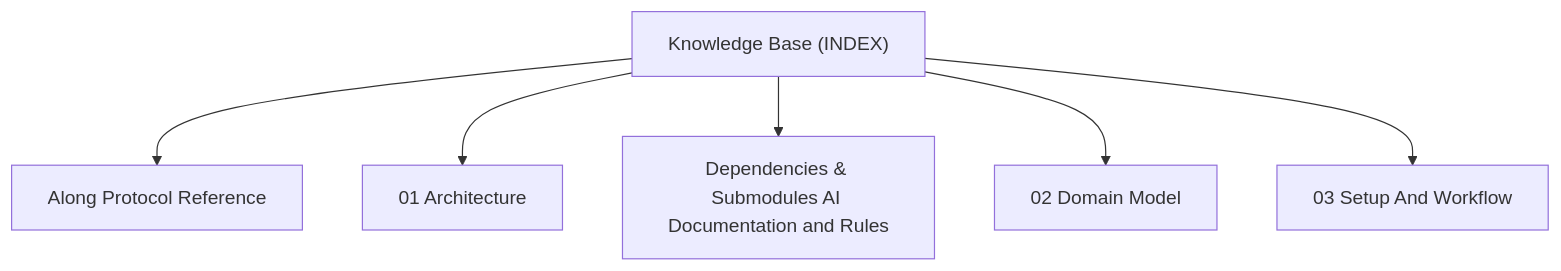
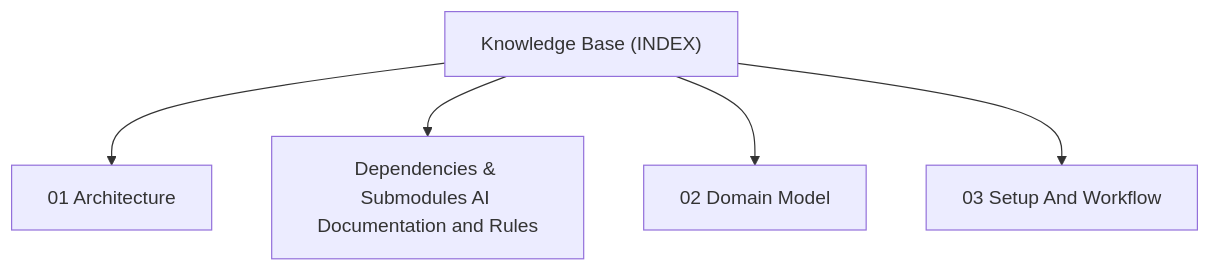
Before and after one commit to actdim/webmold: the diagram in docs/INDEX.md, drawn with Mermaid. The commit also changed other lines of this file and 2 other files, not shown here.

Commit message:
docs: sync knowledge base index and llms (refs #docs-ci-pages-parity)

````diff
--- a/docs/INDEX.md
+++ b/docs/INDEX.md
@@ -17,14 +17,12 @@
 ```mermaid
 flowchart TD
     INDEX["Knowledge Base (INDEX)"]
-    T_ALONG_PROTOCOL["Along Protocol Reference"]
-    INDEX --> T_ALONG_PROTOCOL
     T_ARCHITECTURE["01 Architecture"]
     INDEX --> T_ARCHITECTURE
     T_DEPENDENCIES["Dependencies & Submodules AI Documentation and Rules"]
     INDEX --> T_DEPENDENCIES
     T_DOMAIN_MODEL["02 Domain Model"]
     INDEX --> T_DOMAIN_MODEL
     T_SETUP_AND_WORKFLOW["03 Setup And Workflow"]
     INDEX --> T_SETUP_AND_WORKFLOW
 ```
````
